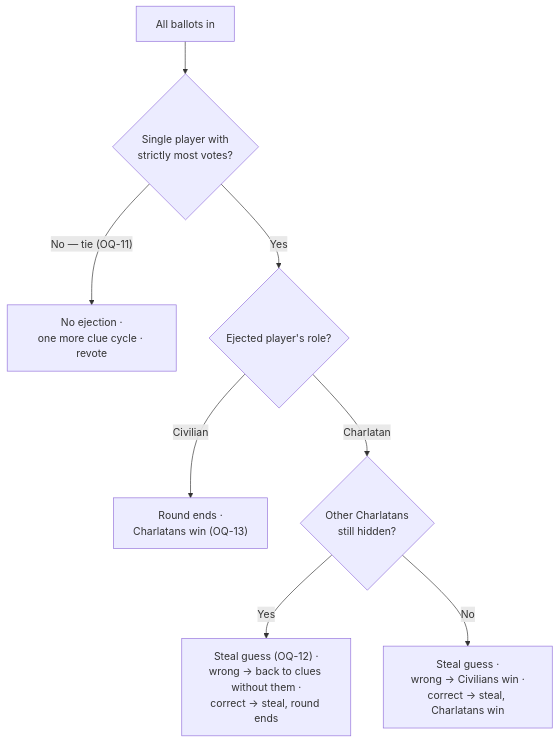
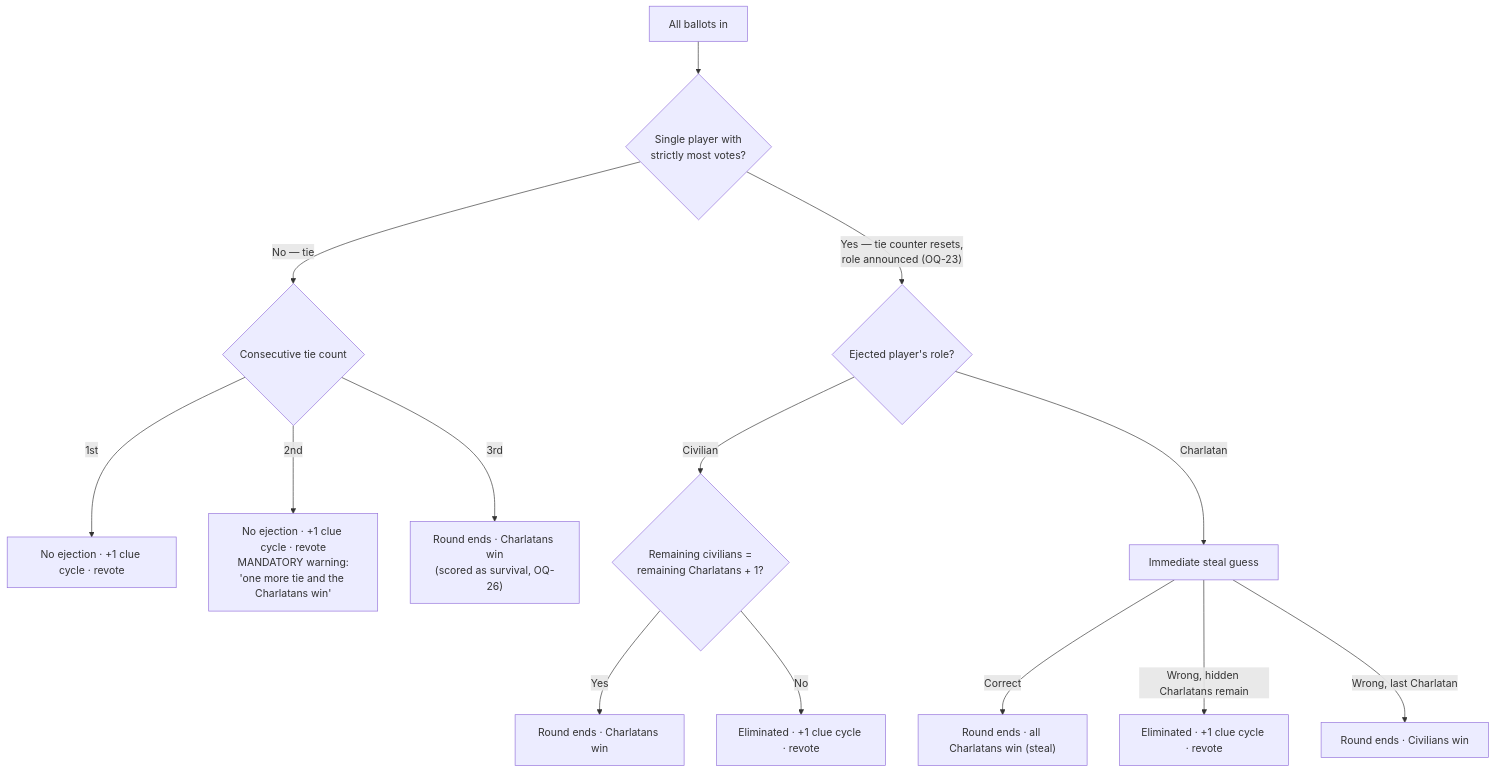
One commit to jalieven/charlatan changed the fourth of 4 diagrams in docs/02-flows.md. Above: the diagram before and after it, drawn with Mermaid. The commit also changed other lines of this file and 4 other files, not shown here.

````diff
--- a/docs/02-flows.md
+++ b/docs/02-flows.md
@@ -94,10 +101,16 @@
 ```mermaid
 flowchart TD
     A["All ballots in"] --> B{"Single player with<br/>strictly most votes?"}
-    B -->|"No — tie (OQ-11)"| C["No ejection ·<br/>one more clue cycle · revote"]
-    B -->|Yes| D{"Ejected player's role?"}
-    D -->|Civilian| E["Round ends ·<br/>Charlatans win (OQ-13)"]
-    D -->|Charlatan| F{"Other Charlatans<br/>still hidden?"}
-    F -->|Yes| G["Steal guess (OQ-12) ·<br/>wrong → back to clues without them ·<br/>correct → steal, round ends"]
-    F -->|No| H["Steal guess ·<br/>wrong → Civilians win ·<br/>correct → steal, Charlatans win"]
+    B -->|No — tie| T{"Consecutive tie count"}
+    T -->|"1st"| C1["No ejection · +1 clue cycle · revote"]
+    T -->|"2nd"| C2["No ejection · +1 clue cycle · revote<br/>MANDATORY warning:<br/>'one more tie and the Charlatans win'"]
+    T -->|"3rd"| C3["Round ends · Charlatans win<br/>(scored as survival, OQ-26)"]
+    B -->|"Yes — tie counter resets,<br/>role announced (OQ-23)"| D{"Ejected player's role?"}
+    D -->|Civilian| E{"Remaining civilians =<br/>remaining Charlatans + 1?"}
+    E -->|Yes| F["Round ends · Charlatans win"]
+    E -->|No| G["Eliminated · +1 clue cycle · revote"]
+    D -->|Charlatan| I["Immediate steal guess"]
+    I -->|Correct| J["Round ends · all Charlatans win (steal)"]
+    I -->|"Wrong, hidden Charlatans remain"| K["Eliminated · +1 clue cycle · revote"]
+    I -->|"Wrong, last Charlatan"| L["Round ends · Civilians win"]
 ```
````
